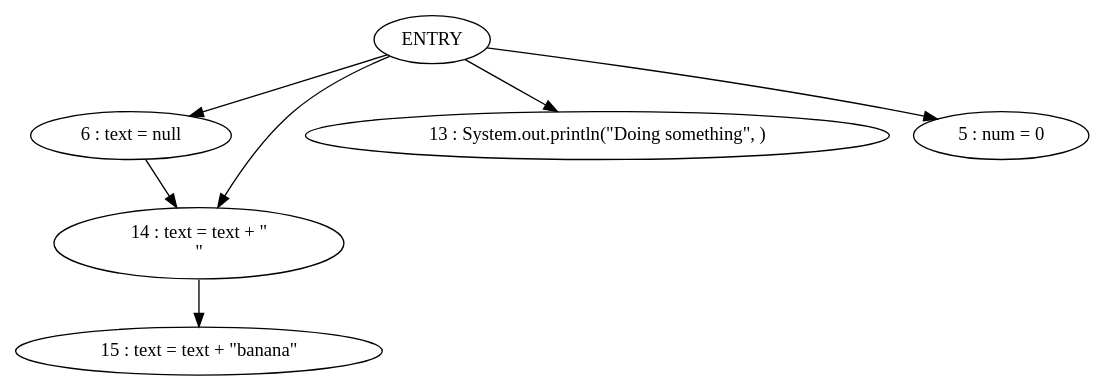
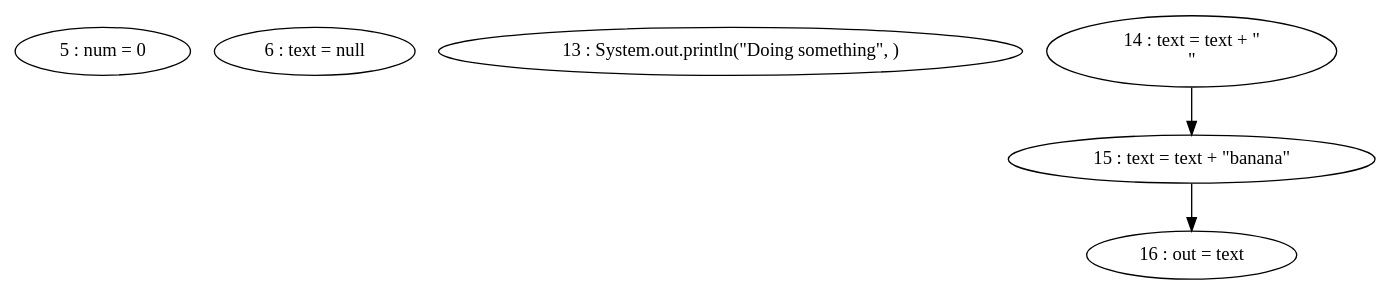
The diagram in target/classes/pdg/source/testObject-doSomething.gv (thomassimko/thesis-code-duplication), drawn with Graphviz before and after one commit. The commit also changed 113 other files, not shown here.

```diff
--- a/target/classes/pdg/source/testObject-doSomething.gv
+++ b/target/classes/pdg/source/testObject-doSomething.gv
@@ -1,11 +1,10 @@
 digraph G {
+"5 : num = 0"
 "6 : text = null"
-"6 : text = null" -> "14 : text = text + \"\n\""
+"13 : System.out.println(\"Doing something\", )"
 "14 : text = text + \"\n\""
 "14 : text = text + \"\n\"" -> "15 : text = text + \"banana\""
 "15 : text = text + \"banana\""
-ENTRY -> "13 : System.out.println(\"Doing something\", )"
-ENTRY -> "6 : text = null"
-ENTRY -> "5 : num = 0"
-ENTRY -> "14 : text = text + \"\n\""
+"15 : text = text + \"banana\"" -> "16 : out = text"
+"16 : out = text"
 }
```
